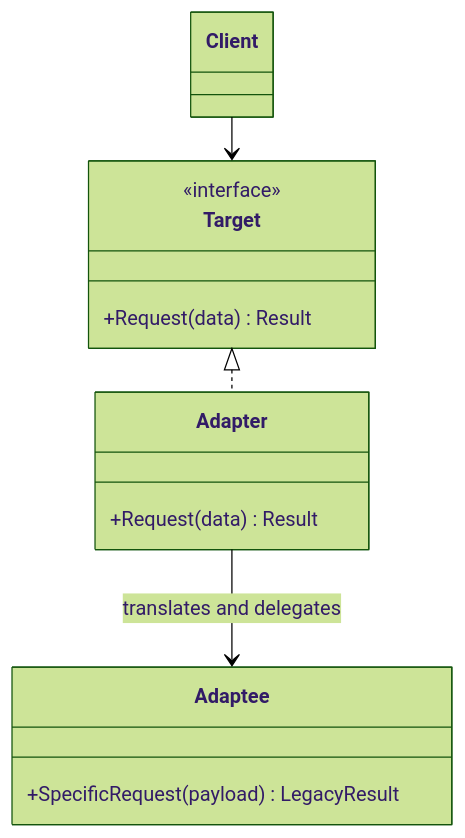
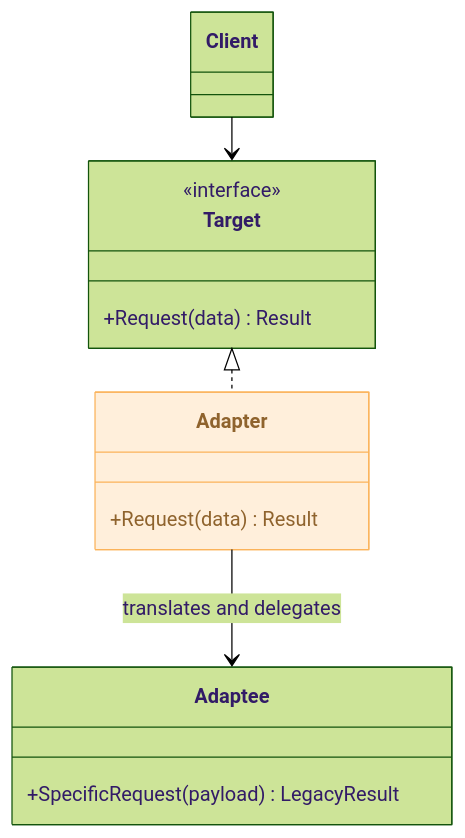
One commit to jeff-adkisson/swe-4743-spring-2026-oo-design changed the sixth of 11 diagrams in presentations/07-interface-segregation-principle.md. Above: the diagram before and after it, drawn with Mermaid (forest theme). The commit also changed other lines of this file, not shown here.

First line of the commit message:
Refines adapter and facade explanations

````diff
--- a/presentations/07-interface-segregation-principle.md
+++ b/presentations/07-interface-segregation-principle.md
@@ -708,27 +708,32 @@
 ```mermaid
 ---
 config:
   layout: elk
 ---
 classDiagram
 direction TB
+    class Client {
+    }
 
-class Client
+    class Target {
+	    +Request(data) Result
+    }
 
-class Target {
-  <<interface>>
-  +Request(data) Result
-}
+    class Adapter {
+	    +Request(data) Result
+    }
 
-class Adapter {
-  +Request(data) Result
-}
+    class Adaptee {
+	    +SpecificRequest(payload) LegacyResult
+    }
 
-class Adaptee {
-  +SpecificRequest(payload) LegacyResult
-}
+	<<interface>> Target
 
-Client --> Target
-Target <|.. Adapter
-Adapter --> Adaptee : translates and delegates
+    Client --> Target
+    Target <|.. Adapter
+    Adapter --> Adaptee : translates and delegates
+
+	class Adapter:::Peach
+
+	classDef Peach :,stroke-width:1px,stroke-dasharray:none,stroke:#FBB35A,fill:#FFEFDB,color:#8F632D
 ```
````
